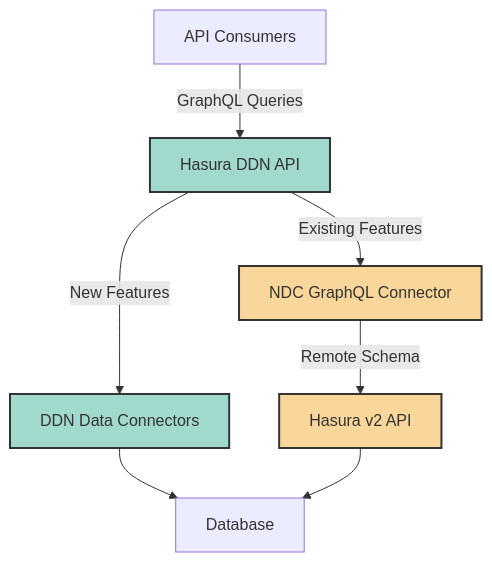
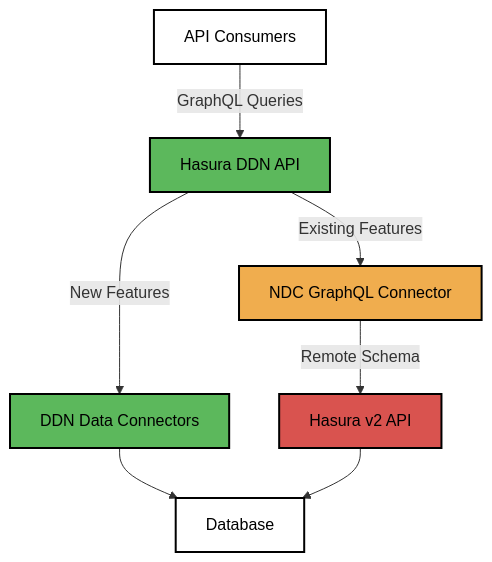
Before and after one commit to hasura/ddn-docs: the first of 3 diagrams in docs/upgrade/guide.mdx, drawn with Mermaid. The commit also changed other lines of this file, not shown here.

````diff
--- a/docs/upgrade/guide.mdx
+++ b/docs/upgrade/guide.mdx
@@ -41,13 +41,15 @@
 ```mermaid
 graph TD
     A[API Consumers] -->|GraphQL Queries| B[Hasura DDN API]
     B -->|New Features| C[DDN Data Connectors]
     B -->|Existing Features| D[NDC GraphQL Connector]
     D -->|Remote Schema| E[Hasura v2 API]
     C --> F[Database]
     E --> F
-    style B fill:#a2d9ce,stroke:#333,stroke-width:2px
-    style C fill:#a2d9ce,stroke:#333,stroke-width:2px
-    style D fill:#f9d79b,stroke:#333,stroke-width:2px
-    style E fill:#f9d79b,stroke:#333,stroke-width:2px
+    style A fill:#ffffff,stroke:#000000,stroke-width:2px,color:#000000
+    style B fill:#5cb85c,stroke:#000000,stroke-width:2px,color:#000000
+    style C fill:#5cb85c,stroke:#000000,stroke-width:2px,color:#000000
+    style D fill:#f0ad4e,stroke:#000000,stroke-width:2px,color:#000000
+    style E fill:#d9534f,stroke:#000000,stroke-width:2px,color:#000000
+    style F fill:#ffffff,stroke:#000000,stroke-width:2px,color:#000000
 ```
````
